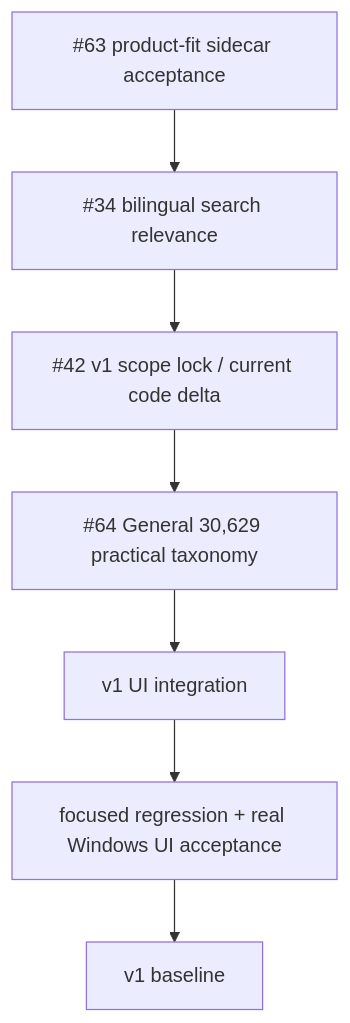
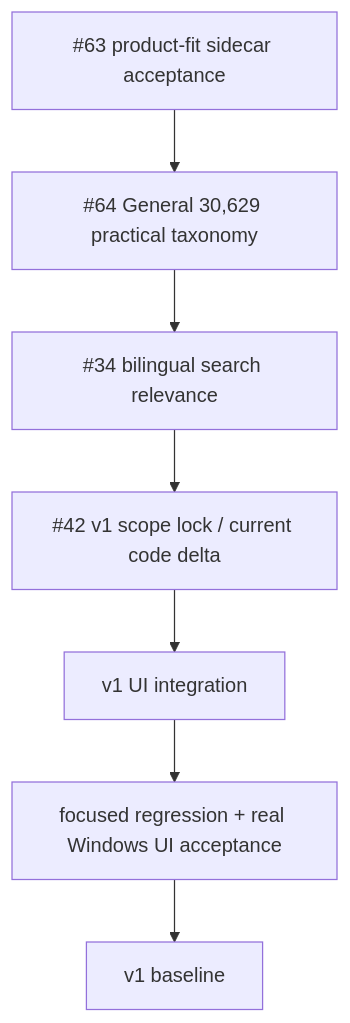
One commit to takasago181/DanbooruTagTool changed the fifth of 6 diagrams in docs/FLOWCHARTS.md. Above: the diagram before and after it, drawn with Mermaid. The commit also changed other lines of this file, not shown here.

Commit message:
docs: align development flow with #64-first routing

````diff
--- a/docs/FLOWCHARTS.md
+++ b/docs/FLOWCHARTS.md
@@ -75,9 +77,9 @@
 ```mermaid
 flowchart TD
- A[#63 product-fit sidecar acceptance] --> B[#34 bilingual search relevance]
- B --> C[#42 v1 scope lock / current code delta]
- C --> D[#64 General 30,629 practical taxonomy]
+ A[#63 product-fit sidecar acceptance] --> B[#64 General 30,629 practical taxonomy]
+ B --> C[#34 bilingual search relevance]
+ C --> D[#42 v1 scope lock / current code delta]
  D --> E[v1 UI integration]
  E --> F[focused regression + real Windows UI acceptance]
  F --> G[v1 baseline]
 ```
````
